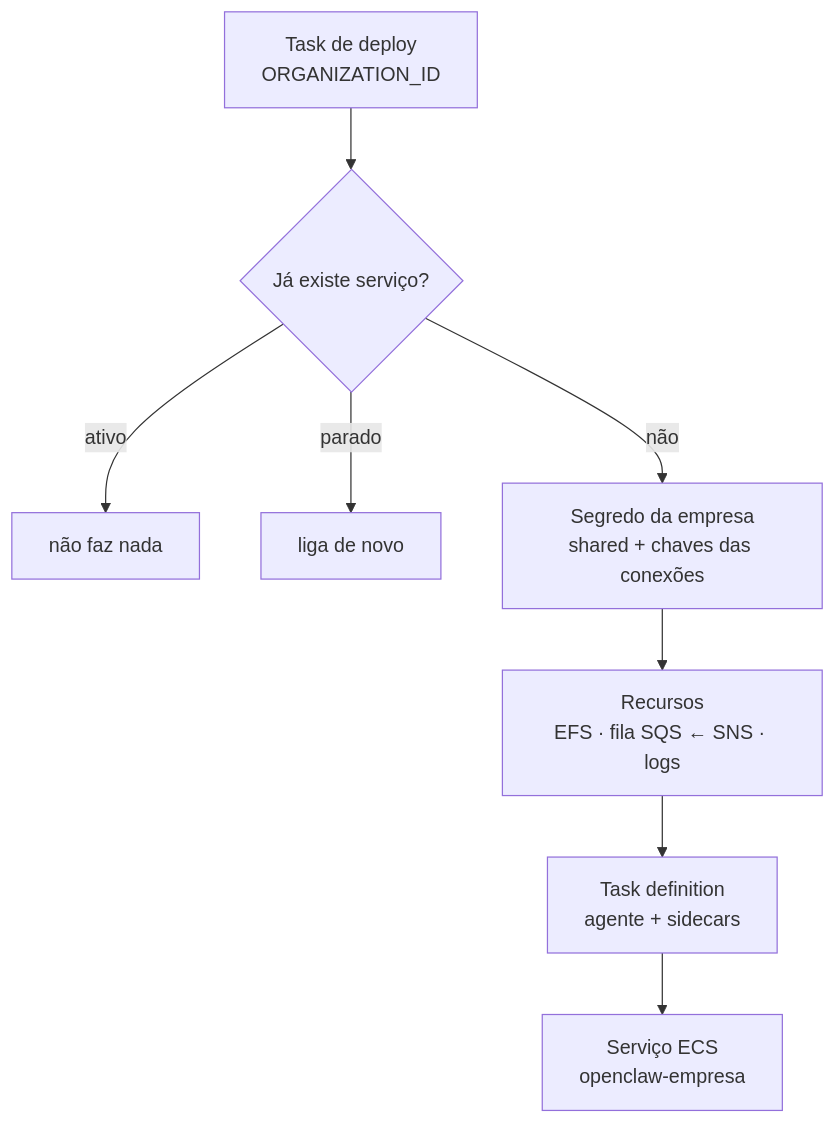
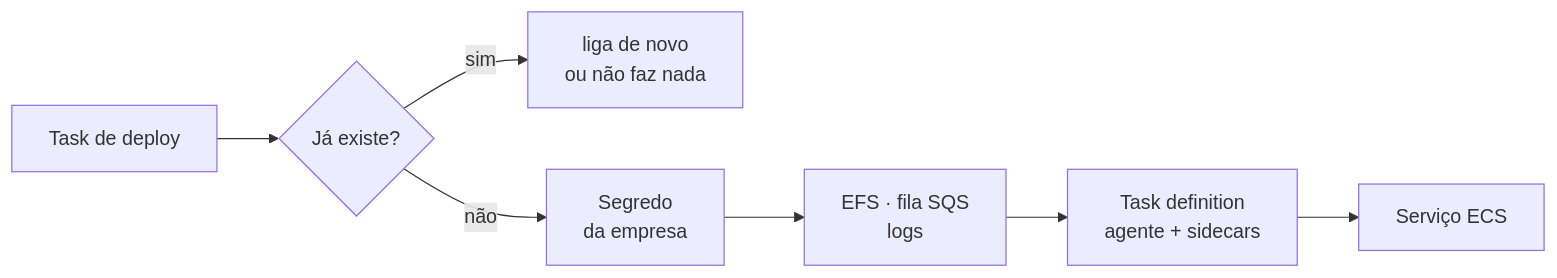
The second of 2 diagrams in palestras/02-o-que-sobra-sem-llm/core/05-onde-o-agente-mora.md (newtonbeck/hacktown-2026), drawn with Mermaid before and after one commit. The commit also changed other lines of this file and 5 other files, not shown here.

First line of the commit message:
Faz os diagramas caberem no slide e voltarem a sair no PDF

````diff
--- a/palestras/02-o-que-sobra-sem-llm/core/05-onde-o-agente-mora.md
+++ b/palestras/02-o-que-sobra-sem-llm/core/05-onde-o-agente-mora.md
@@ -50,10 +48,9 @@
 ```mermaid
-flowchart TD
-  T[Task de deploy<br/>ORGANIZATION_ID] --> Q{Já existe serviço?}
-  Q -- ativo --> N[não faz nada]
-  Q -- parado --> U[liga de novo]
-  Q -- não --> S[Segredo da empresa<br/>shared + chaves das conexões]
-  S --> R[Recursos<br/>EFS · fila SQS ← SNS · logs]
+flowchart LR
+  T[Task de deploy] --> Q{Já existe?}
+  Q -- sim --> N[liga de novo<br/>ou não faz nada]
+  Q -- não --> S[Segredo<br/>da empresa]
+  S --> R[EFS · fila SQS<br/>logs]
   R --> D[Task definition<br/>agente + sidecars]
-  D --> E[Serviço ECS<br/>openclaw-empresa]
+  D --> E[Serviço ECS]
 ```
````
